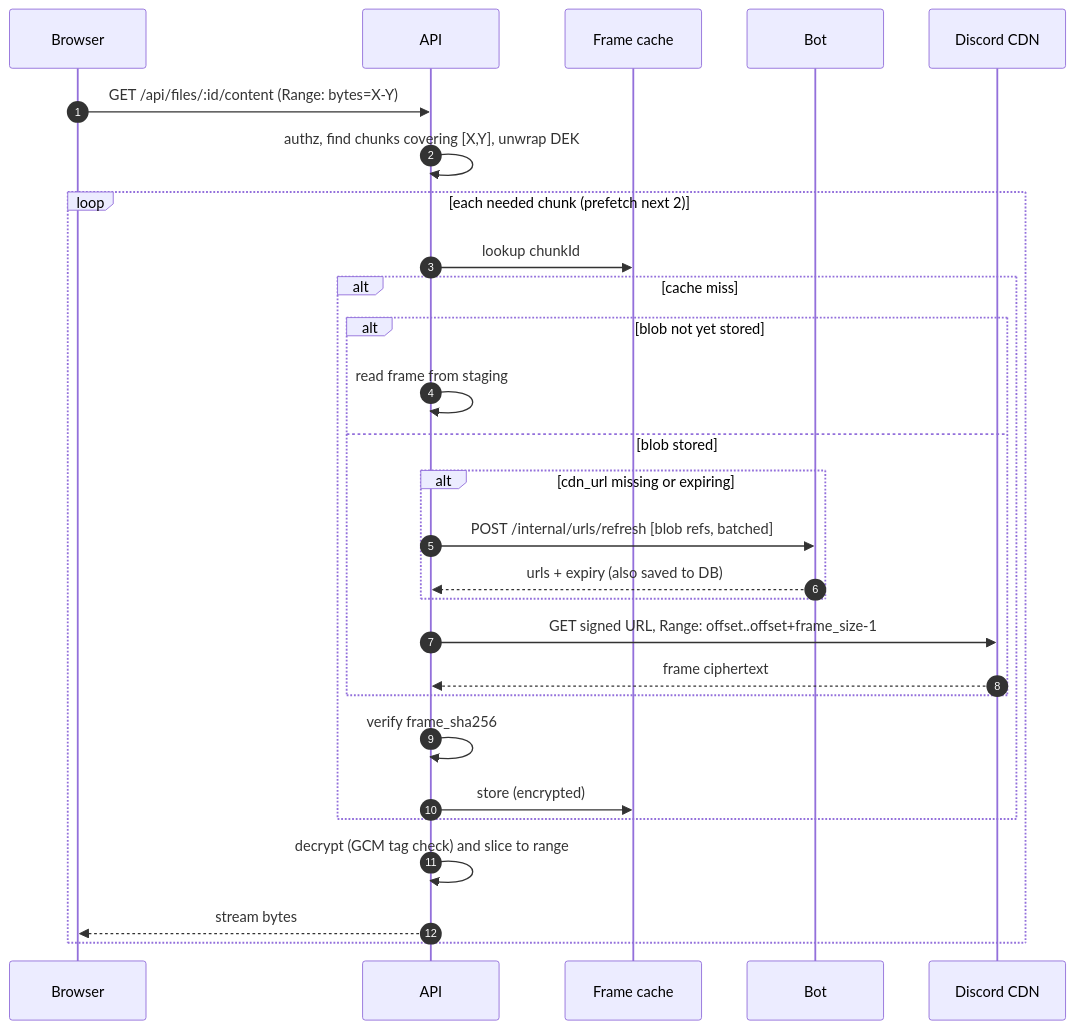
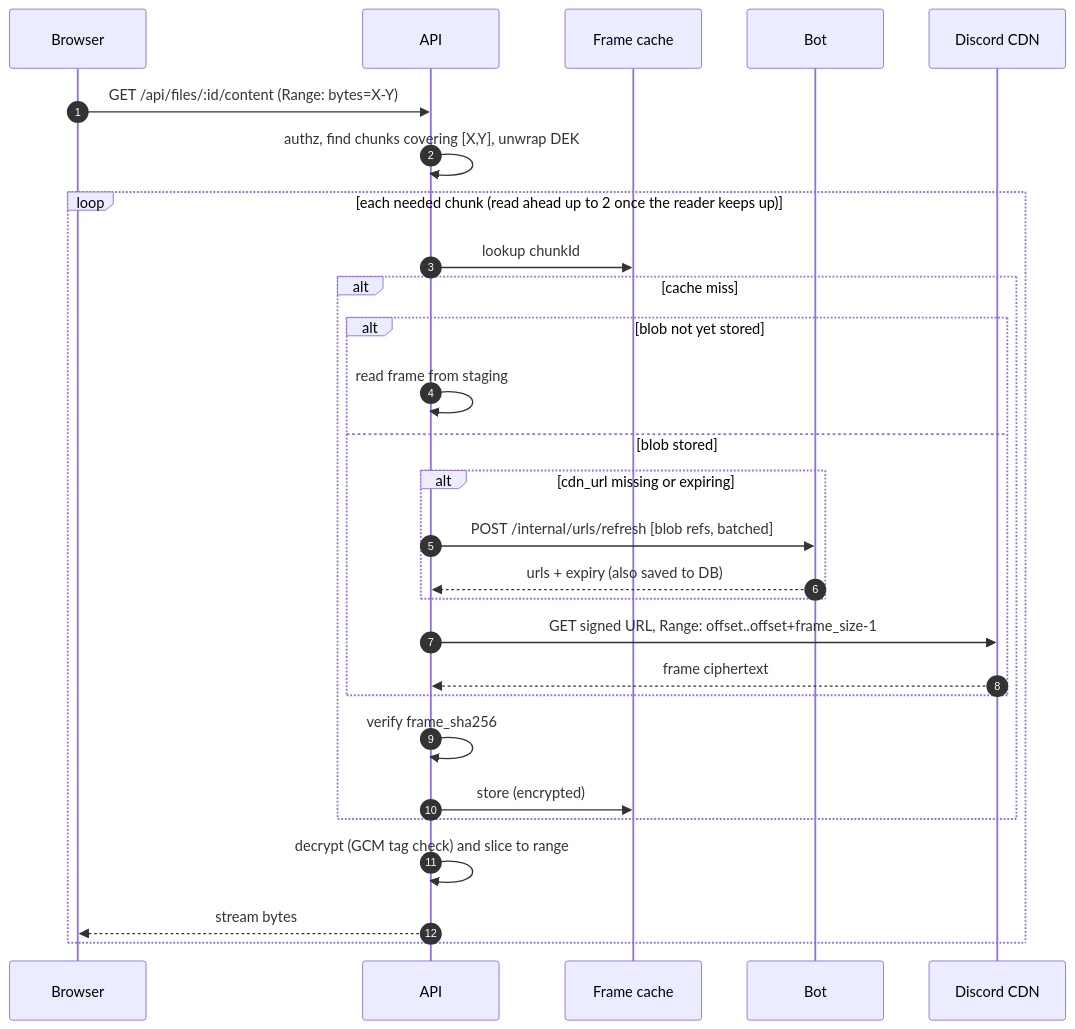
One commit to AlexB8675/DFS changed the seventh of 10 diagrams in docs/DESIGN.md. Above: the diagram before and after it, drawn with Mermaid. The commit also changed other lines of this file and 12 other files, not shown here.

````diff
--- a/docs/DESIGN.md
+++ b/docs/DESIGN.md
@@ -453,31 +453,31 @@
 ```mermaid
 sequenceDiagram
     autonumber
     participant B as Browser
     participant A as API
     participant C as Frame cache
     participant Bot as Bot
     participant CDN as Discord CDN
 
     B->>A: GET /api/files/:id/content (Range: bytes=X-Y)
     A->>A: authz, find chunks covering [X,Y], unwrap DEK
-    loop each needed chunk (prefetch next 2)
+    loop each needed chunk (read ahead up to 2 once the reader keeps up)
         A->>C: lookup chunkId
         alt cache miss
             alt blob not yet stored
                 A->>A: read frame from staging
             else blob stored
                 alt cdn_url missing or expiring
                     A->>Bot: POST /internal/urls/refresh [blob refs, batched]
                     Bot-->>A: urls + expiry (also saved to DB)
                 end
                 A->>CDN: GET signed URL, Range: offset..offset+frame_size-1
                 CDN-->>A: frame ciphertext
             end
             A->>A: verify frame_sha256
             A->>C: store (encrypted)
         end
         A->>A: decrypt (GCM tag check) and slice to range
         A-->>B: stream bytes
     end
 ```
````
